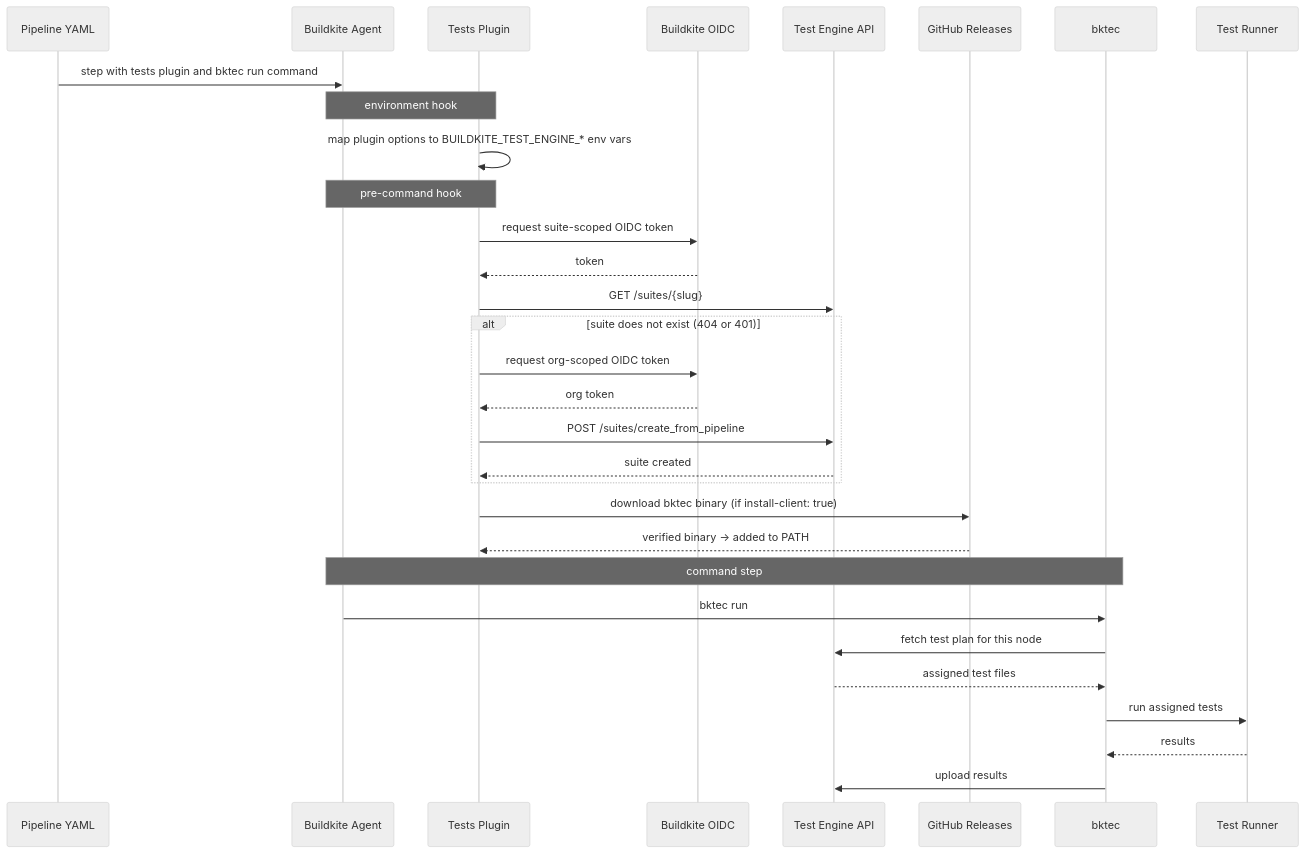
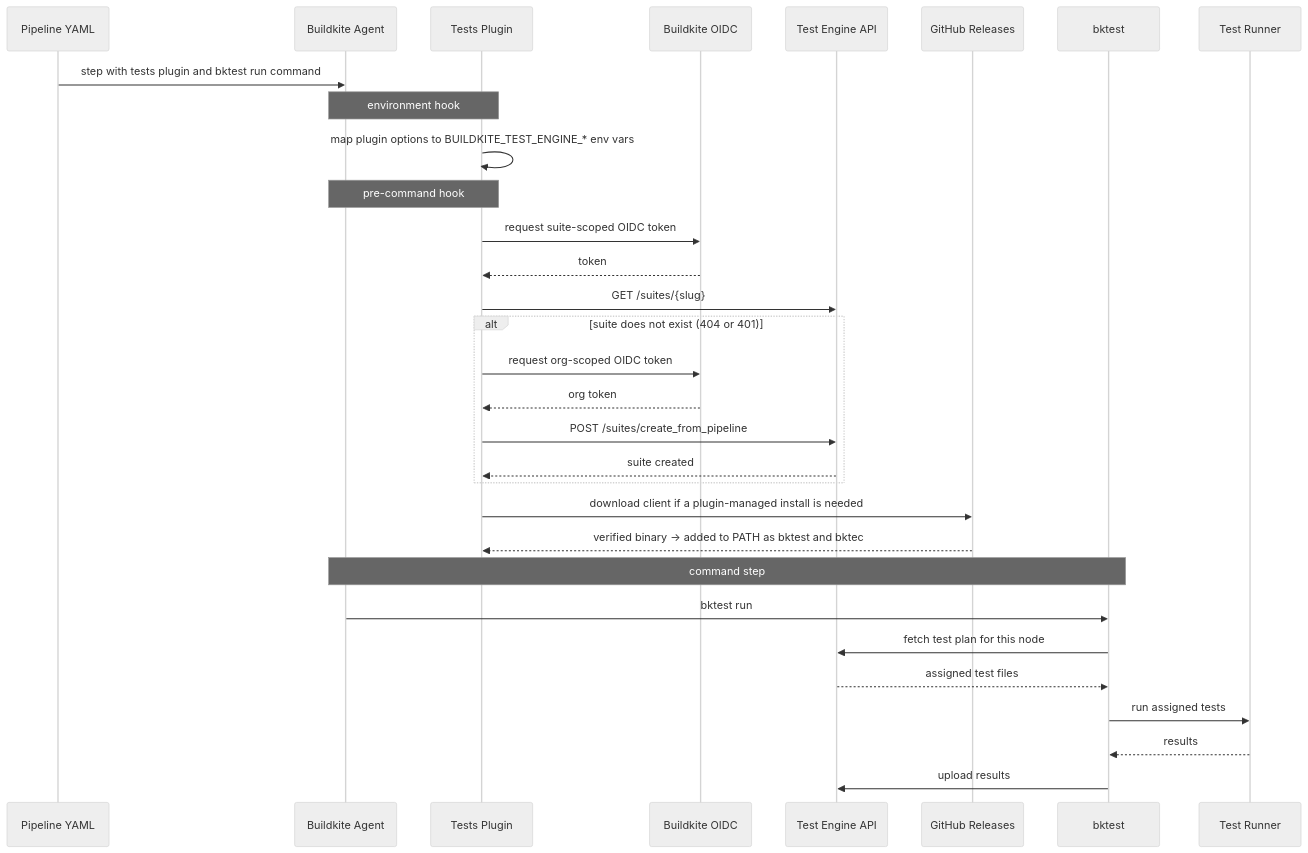
Before and after one commit to buildkite-plugins/tests-buildkite-plugin: the diagram in README.md, drawn with Mermaid (neutral theme). The commit also changed other lines of this file, not shown here.

First line of the commit message:
Prepare Tests plugin v1.3.0 release

````diff
--- a/README.md
+++ b/README.md
@@ -279,37 +279,37 @@
 ```mermaid
 sequenceDiagram
     participant Pipeline as Pipeline YAML
     participant Agent as Buildkite Agent
     participant Plugin as Tests Plugin
     participant OIDC as Buildkite OIDC
     participant API as Test Engine API
     participant GH as GitHub Releases
-    participant bktec
+    participant bktest
     participant Runner as Test Runner
 
-    Pipeline->>Agent: step with tests plugin and bktec run command
+    Pipeline->>Agent: step with tests plugin and bktest run command
 
     Note over Agent,Plugin: environment hook
     Plugin->>Plugin: map plugin options to BUILDKITE_TEST_ENGINE_* env vars
 
     Note over Agent,Plugin: pre-command hook
     Plugin->>OIDC: request suite-scoped OIDC token
     OIDC-->>Plugin: token
     Plugin->>API: GET /suites/{slug}
     alt suite does not exist (404 or 401)
         Plugin->>OIDC: request org-scoped OIDC token
         OIDC-->>Plugin: org token
         Plugin->>API: POST /suites/create_from_pipeline
         API-->>Plugin: suite created
     end
-    Plugin->>GH: download bktec binary (if install-client: true)
-    GH-->>Plugin: verified binary → added to PATH
+    Plugin->>GH: download client if a plugin-managed install is needed
+    GH-->>Plugin: verified binary → added to PATH as bktest and bktec
 
-    Note over Agent,bktec: command step
-    Agent->>bktec: bktec run
-    bktec->>API: fetch test plan for this node
-    API-->>bktec: assigned test files
-    bktec->>Runner: run assigned tests
-    Runner-->>bktec: results
-    bktec->>API: upload results
+    Note over Agent,bktest: command step
+    Agent->>bktest: bktest run
+    bktest->>API: fetch test plan for this node
+    API-->>bktest: assigned test files
+    bktest->>Runner: run assigned tests
+    Runner-->>bktest: results
+    bktest->>API: upload results
 ```
````
